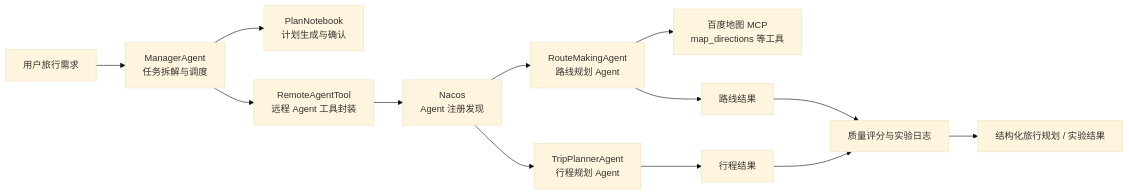
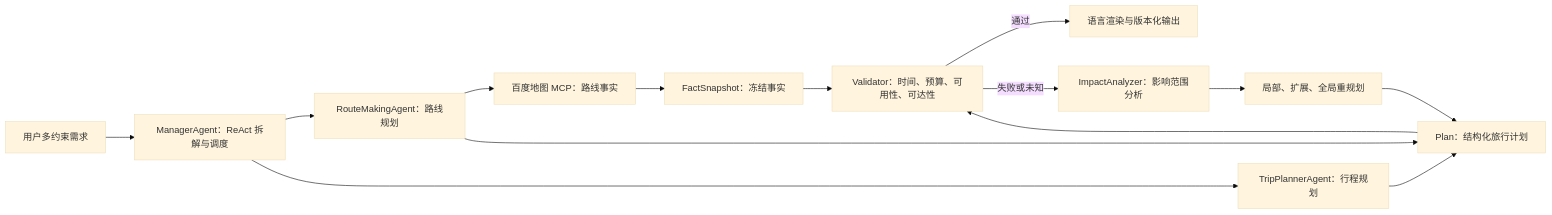
Before and after one commit to sfas312/AiTripPlan: the diagram in README.md, drawn with Mermaid (base theme). The commit also changed other lines of this file and 2 other files, not shown here.

````diff
--- a/README.md
+++ b/README.md
@@ -65,15 +89,16 @@
 ```mermaid
 flowchart LR
-    User["用户旅行需求"] --> Manager["ManagerAgent<br/>任务拆解与调度"]
-    Manager --> Plan["PlanNotebook<br/>计划生成与确认"]
-    Manager --> Tool["RemoteAgentTool<br/>远程 Agent 工具封装"]
-    Tool --> Nacos["Nacos<br/>Agent 注册发现"]
-    Nacos --> Route["RouteMakingAgent<br/>路线规划 Agent"]
-    Nacos --> Trip["TripPlannerAgent<br/>行程规划 Agent"]
-    Route --> MCP["百度地图 MCP<br/>map_directions 等工具"]
-    Route --> RouteOut["路线结果"]
-    Trip --> TripOut["行程结果"]
-    RouteOut --> Eval["质量评分与实验日志"]
-    TripOut --> Eval
-    Eval --> Output["结构化旅行规划 / 实验结果"]
+    User["用户多约束需求"] --> Manager["ManagerAgent：ReAct 拆解与调度"]
+    Manager --> Route["RouteMakingAgent：路线规划"]
+    Manager --> Trip["TripPlannerAgent：行程规划"]
+    Route --> MCP["百度地图 MCP：路线事实"]
+    MCP --> Snapshot["FactSnapshot：冻结事实"]
+    Route --> Plan["Plan：结构化旅行计划"]
+    Trip --> Plan
+    Plan --> Validator["Validator：时间、预算、可用性、可达性"]
+    Snapshot --> Validator
+    Validator -->|通过| Output["语言渲染与版本化输出"]
+    Validator -->|失败或未知| Impact["ImpactAnalyzer：影响范围分析"]
+    Impact --> Replan["局部、扩展、全局重规划"]
+    Replan --> Plan
 ```
````
